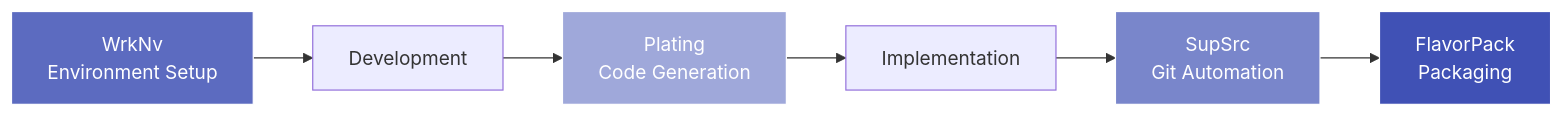
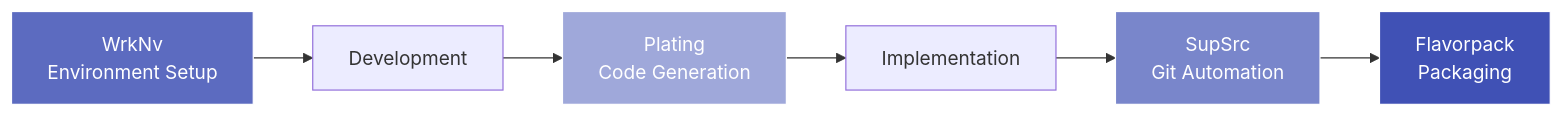
The diagram in docs/development-tools/index.md (provide-io/provide-foundry), drawn with Mermaid before and after one commit. The commit also changed other lines of this file and 6 other files, not shown here.

Commit message:
docs(flavorpack): rename FlavorPack to Flavorpack in documentation

````diff
--- a/docs/development-tools/index.md
+++ b/docs/development-tools/index.md
@@ -7,13 +7,13 @@
 ```mermaid
 graph LR
     wrknv[WrkNv<br/>Environment Setup] --> dev[Development]
     dev --> plating[Plating<br/>Code Generation]
     plating --> code[Implementation]
     code --> supsrc[SupSrc<br/>Git Automation]
-    supsrc --> flavorpack[FlavorPack<br/>Packaging]
+    supsrc --> flavorpack[Flavorpack<br/>Packaging]
 
     style flavorpack fill:#4051b5,stroke:#fff,color:#fff
     style wrknv fill:#5c6bc0,stroke:#fff,color:#fff
     style supsrc fill:#7986cb,stroke:#fff,color:#fff
     style plating fill:#9fa8da,stroke:#fff,color:#fff
 ```
````
